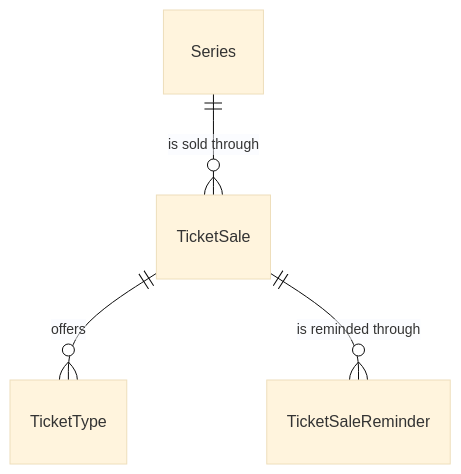
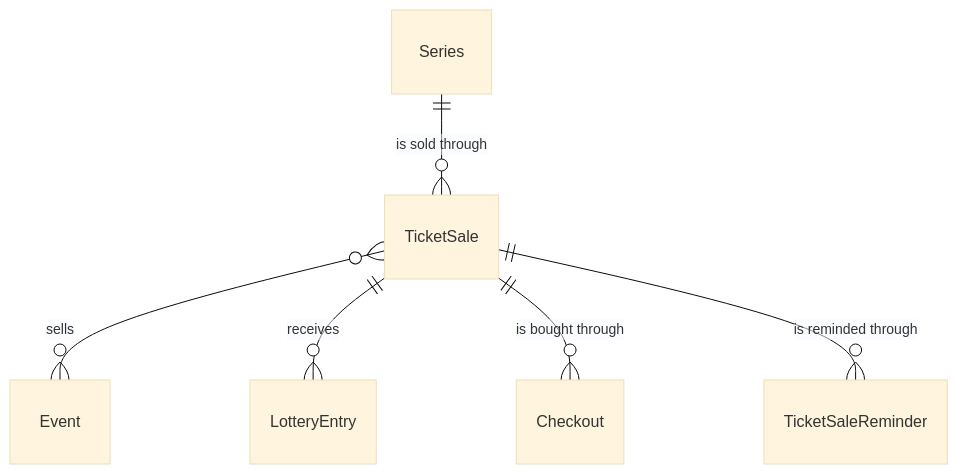
One commit to liverty-music/specification changed the diagram in openspec/specs/components/entity/ticket-sale/spec.md. Above: the diagram before and after it, drawn with Mermaid (base theme). The commit also changed other lines of this file and 18 other files, not shown here.

````diff
--- a/openspec/specs/components/entity/ticket-sale/spec.md
+++ b/openspec/specs/components/entity/ticket-sale/spec.md
@@ -19,6 +18,8 @@
 ```mermaid
 erDiagram
   Series ||--o{ TicketSale : "is sold through"
-  TicketSale ||--o{ TicketType : "offers"
+  TicketSale }o--o{ Event : "sells"
+  TicketSale ||--o{ LotteryEntry : "receives"
+  TicketSale ||--o{ Checkout : "is bought through"
   TicketSale ||--o{ TicketSaleReminder : "is reminded through"
 ```
````
